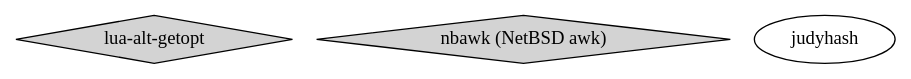
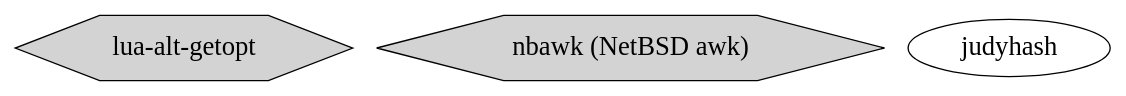
One commit to cheusov/mk-configure changed the diagram in doc/my_prjs2.dot. Above: the diagram before and after it, drawn with Graphviz. The commit also changed 2 other files, not shown here.

```diff
--- a/doc/my_prjs2.dot
+++ b/doc/my_prjs2.dot
@@ -1,12 +1,12 @@
 digraph FSA {
  graph [ ratio=compress layout=dot rankdir=UB ];
 
- node [ shape = diamond style=filled ];
+ node [ shape = hexagon style=filled fontsize=20 ];
 
    "lua-alt-getopt";
    "nbawk (NetBSD awk)";
 
  node [ shape=oval style=solid ];
 
    "judyhash";
 }
```
